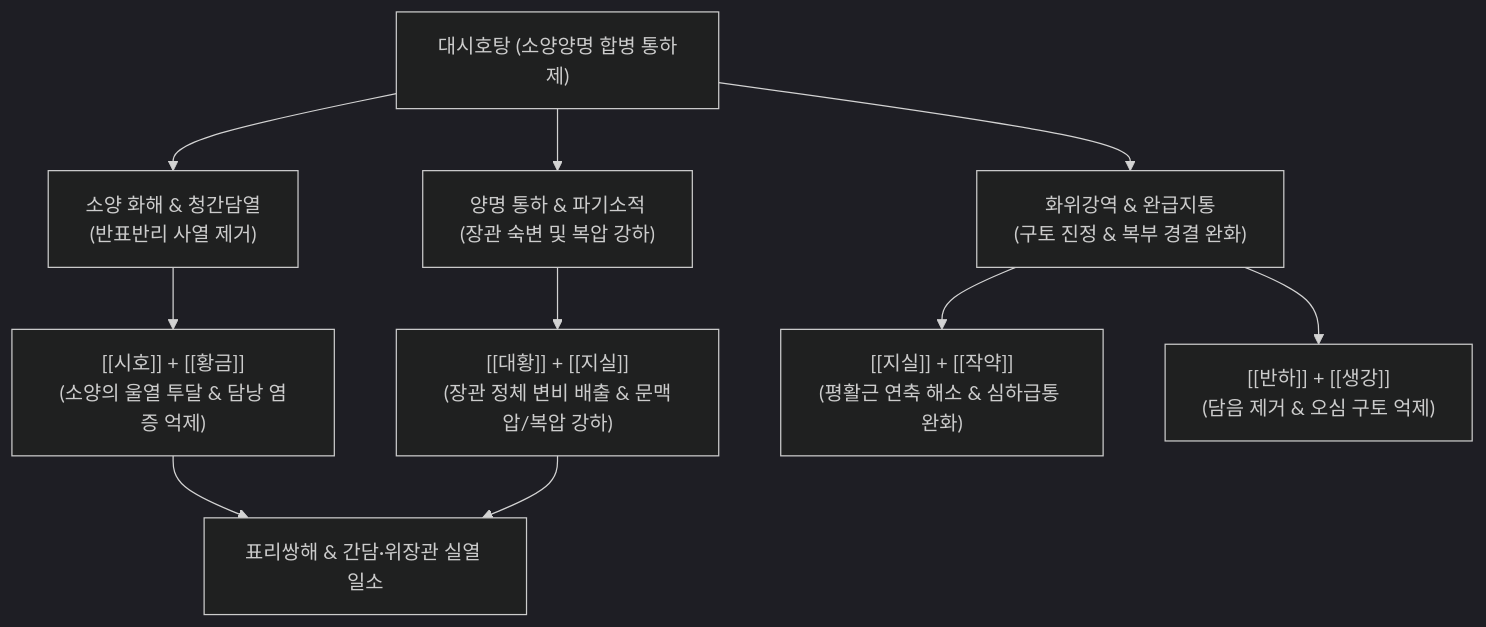
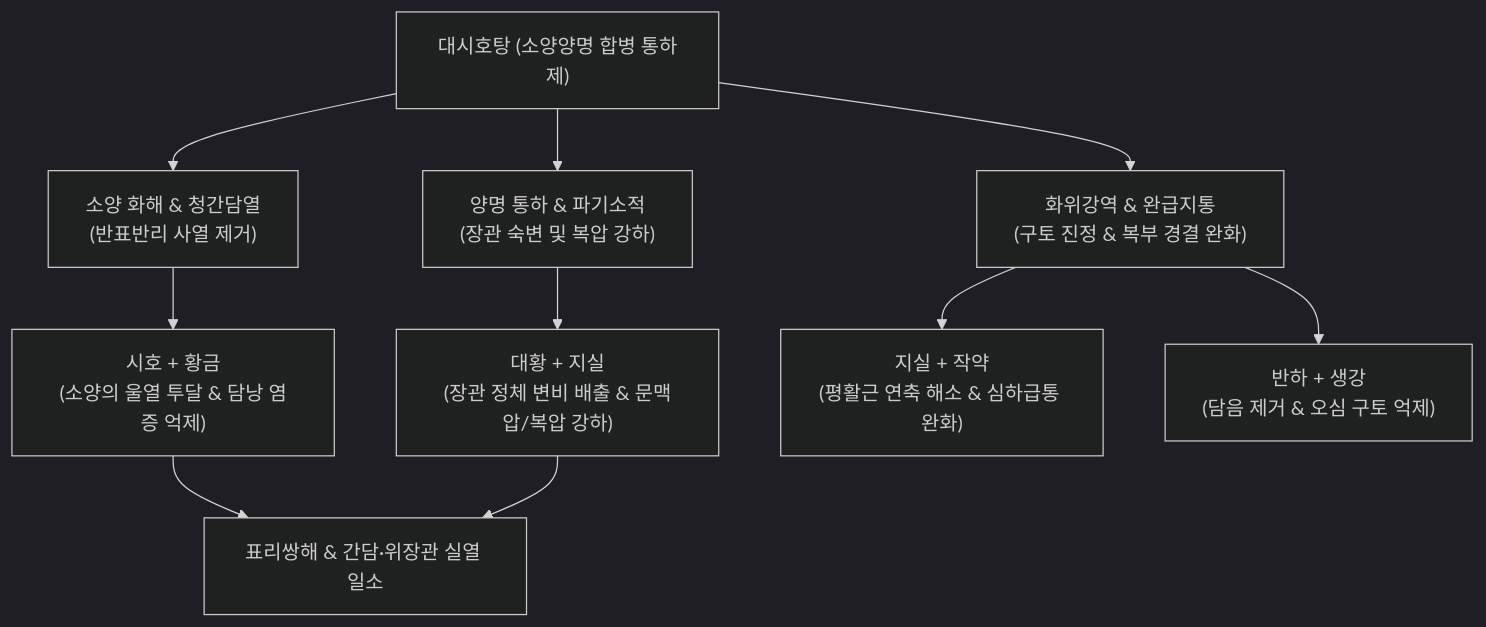
Before and after one commit to simbio11/simbio-digital-garden2: the diagram in content/2. 약리 공부/처방/04_이기·화해제/대시호탕.md, drawn with Mermaid (dark theme). The commit also changed other lines of this file and 122 other files, not shown here.

````diff
--- a/content/2. 약리 공부/처방/04_이기·화해제/대시호탕.md
+++ b/content/2. 약리 공부/처방/04_이기·화해제/대시호탕.md
@@ -66,13 +66,13 @@
 ```mermaid
 graph TD
     A["대시호탕 (소양양명 합병 통하제)"] --> B["소양 화해 & 청간담열<br/>(반표반리 사열 제거)"]
     A --> C["양명 통하 & 파기소적<br/>(장관 숙변 및 복압 강하)"]
     A --> D["화위강역 & 완급지통<br/>(구토 진정 & 복부 경결 완화)"]
 
-    B --> B1["[[시호]] + [[황금]]<br/>(소양의 울열 투달 & 담낭 염증 억제)"]
-    C --> C1["[[대황]] + [[지실]]<br/>(장관 정체 변비 배출 & 문맥압/복압 강하)"]
-    D --> D1["[[지실]] + [[작약]]<br/>(평활근 연축 해소 & 심하급통 완화)"]
-    D --> D2["[[반하]] + [[생강]]<br/>(담음 제거 & 오심 구토 억제)"]
+    B --> B1["시호 + 황금<br/>(소양의 울열 투달 & 담낭 염증 억제)"]
+    C --> C1["대황 + 지실<br/>(장관 정체 변비 배출 & 문맥압/복압 강하)"]
+    D --> D1["지실 + 작약<br/>(평활근 연축 해소 & 심하급통 완화)"]
+    D --> D2["반하 + 생강<br/>(담음 제거 & 오심 구토 억제)"]
 
     B1 & C1 --> BC["표리쌍해 & 간담·위장관 실열 일소"]
 ```
````
